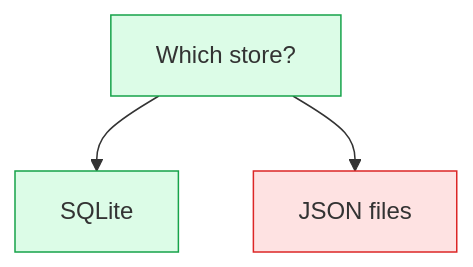
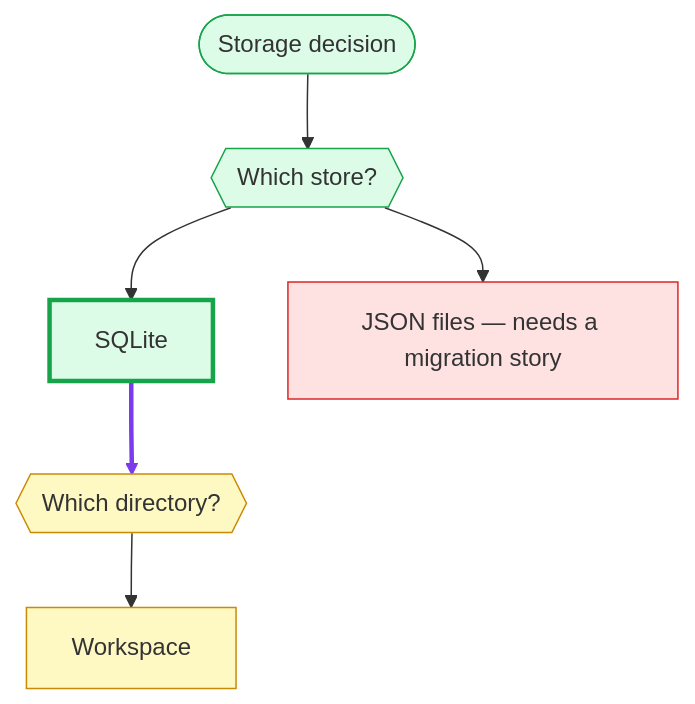
The diagram in docs/cli.md (luochang212/adr-kit), drawn with Mermaid before and after one commit. The commit also changed other lines of this file and 25 other files, not shown here.

````diff
--- a/docs/cli.md
+++ b/docs/cli.md
@@ -184,12 +188,24 @@
 ```mermaid
 graph TD
-  n1["Which store?"]
-  n2["SQLite"]
+  n1(["Storage decision"])
+  n2{{"Which store?"}}
+  n3["SQLite"]
+  n4{{"Which directory?"}}
+  n5["Workspace"]
+  n6["JSON files — needs a migration story"]
   n1 --> n2
-  n3["JSON files"]
-  n1 --> n3
+  n2 --> n3
+  n3 --> n4
+  n4 --> n5
+  n2 --> n6
   classDef settled fill:#dcfce7,stroke:#16a34a;
   classDef rejected fill:#fee2e2,stroke:#dc2626;
-  class n1,n2 settled;
-  class n3 rejected;
+  classDef open fill:#fef9c3,stroke:#ca8a04;
+  classDef recommended stroke-width:3px;
+  classDef override stroke:#7c3aed,stroke-width:2px,stroke-dasharray:4 2;
+  class n1,n2,n3 settled;
+  class n6 rejected;
+  class n4,n5 open;
+  class n3 recommended;
+  linkStyle 2 stroke:#7c3aed,stroke-width:3px;
 ```
````
